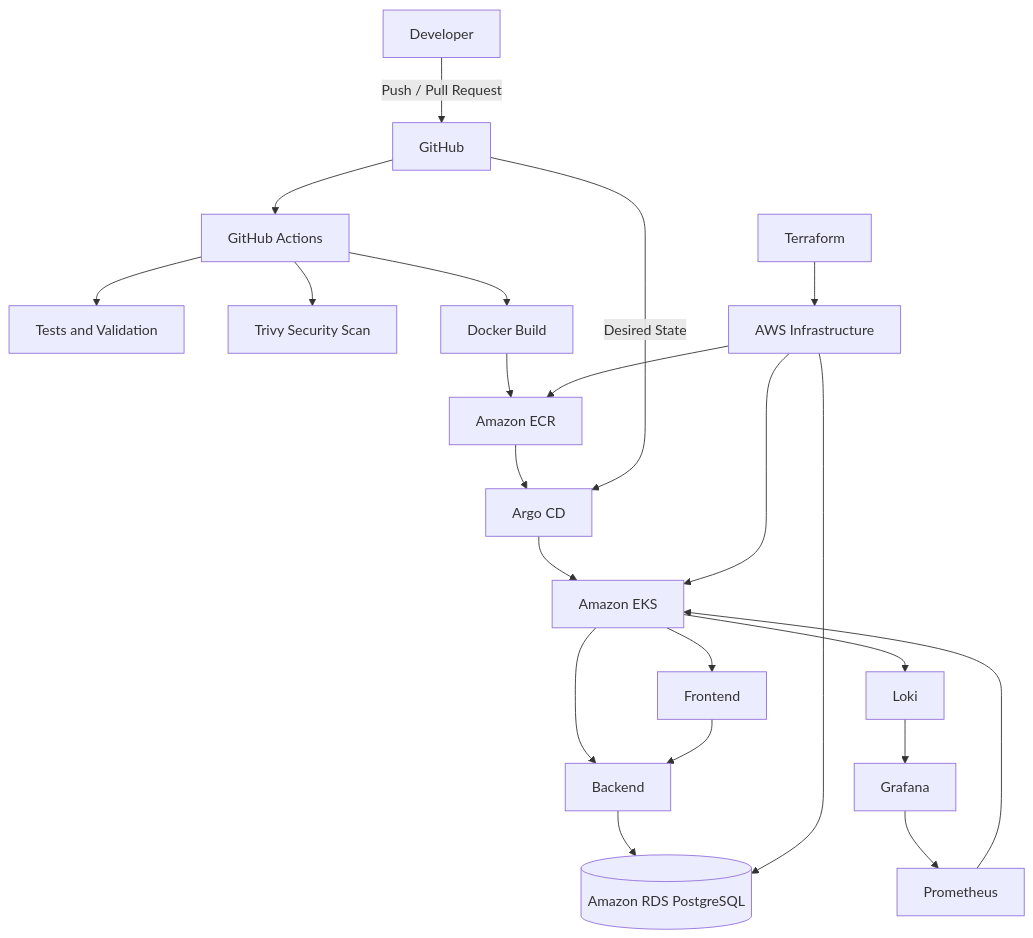
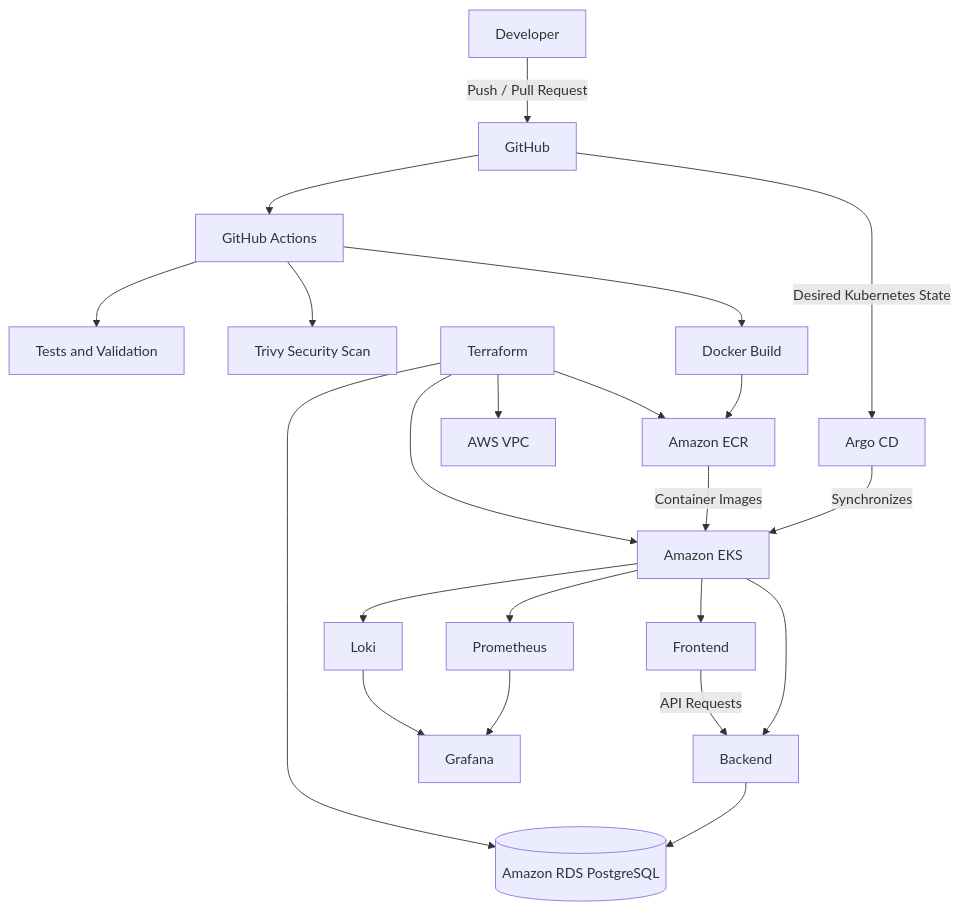
One commit to elviradelic/cloudops-platform changed the diagram in README.md. Above: the diagram before and after it, drawn with Mermaid.

Commit message:
Revise README flowchart for deployment process
Updated flowchart to reflect changes in deployment process and added details about Argo CD and AWS VPC.

````diff
--- a/README.md
+++ b/README.md
@@ -9,32 +9,34 @@
 ```mermaid
 flowchart TD
     DEV[Developer] -->|Push / Pull Request| GH[GitHub]
 
     GH --> CI[GitHub Actions]
+
     CI --> TEST[Tests and Validation]
     CI --> SCAN[Trivy Security Scan]
     CI --> BUILD[Docker Build]
 
     BUILD --> ECR[Amazon ECR]
 
-    ECR --> CD[Argo CD]
-    GH -->|Desired State| CD
+    GH -->|Desired Kubernetes State| ARGO[Argo CD]
+    ARGO -->|Synchronizes| EKS[Amazon EKS]
 
-    CD --> EKS[Amazon EKS]
+    ECR -->|Container Images| EKS
 
     EKS --> FE[Frontend]
     EKS --> BE[Backend]
 
-    FE --> BE
+    FE -->|API Requests| BE
     BE --> RDS[(Amazon RDS PostgreSQL)]
 
-    TF[Terraform] --> AWS[AWS Infrastructure]
-    AWS --> EKS
-    AWS --> ECR
-    AWS --> RDS
+    TF[Terraform] --> VPC[AWS VPC]
+    TF --> EKS
+    TF --> ECR
+    TF --> RDS
 
-    PROM[Prometheus] --> EKS
-    GRAF[Grafana] --> PROM
-    LOKI[Loki] --> GRAF
-    EKS --> LOKI
+    EKS --> PROM[Prometheus]
+    EKS --> LOKI[Loki]
+
+    PROM --> GRAF[Grafana]
+    LOKI --> GRAF
 ```
````
